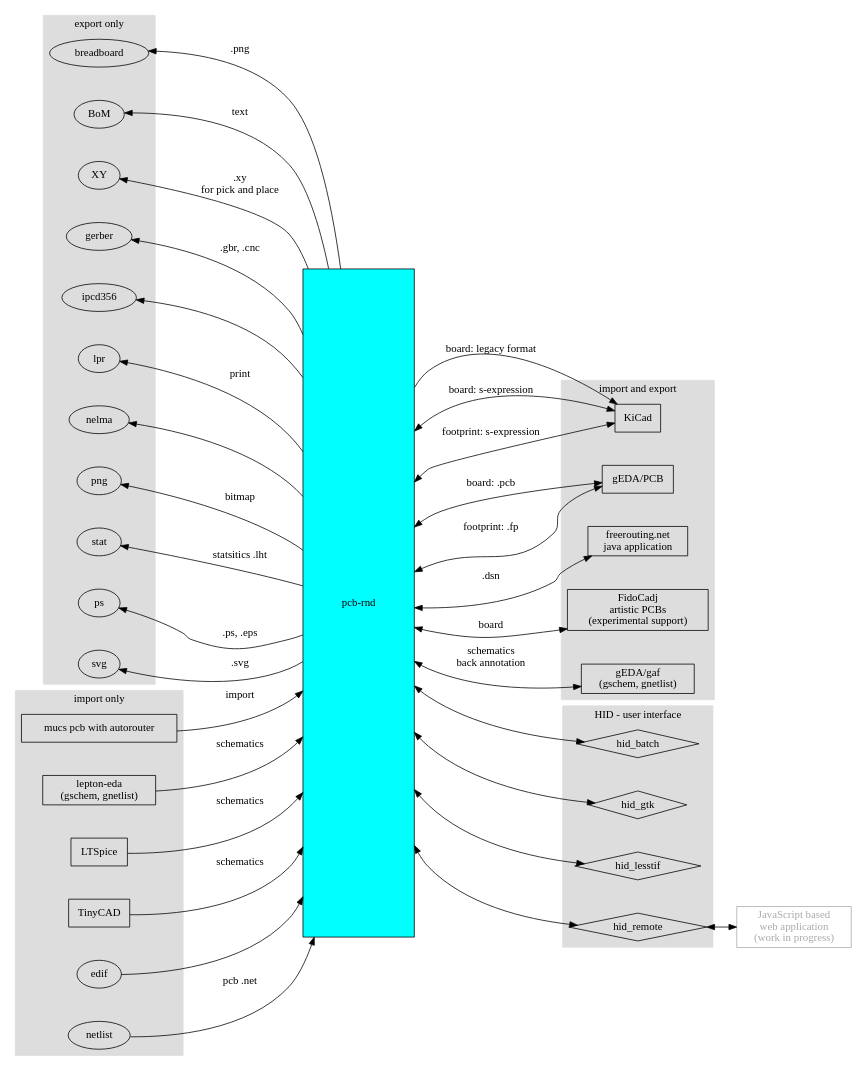
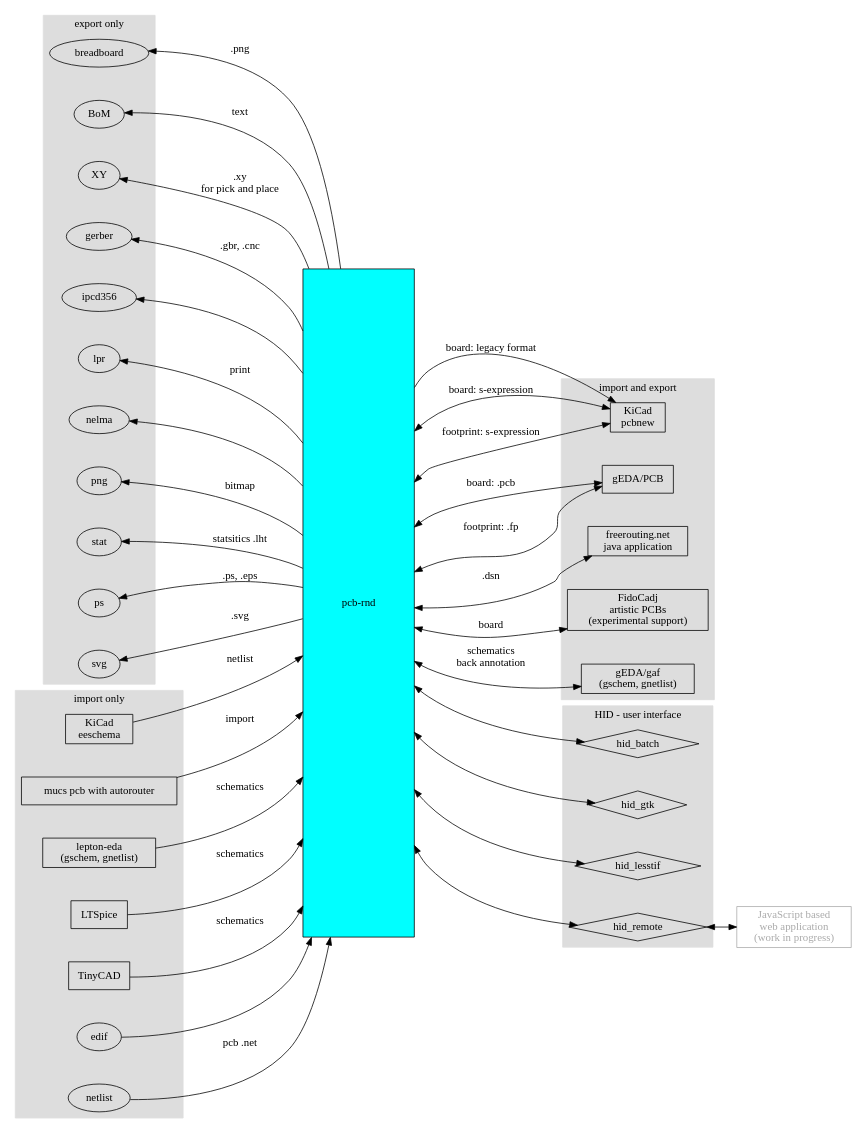
The diagram in doc/developer/bridges/bridges.dot (NoSuchProcess/pcb-rnd), drawn with Graphviz before and after one commit. The commit also changed 1 other file, not shown here.

Commit message:
[doc] -Add: our new bridge to KiCad/eeschema; rename the old KiCad node to KiCad/pcbnew

```diff
--- a/doc/developer/bridges/bridges.dot
+++ b/doc/developer/bridges/bridges.dot
@@ -1,110 +1,113 @@
 digraph gr {
 	rankdir=LR
 	nodesep=0.6
 	
 	pcbrnd [label="pcb-rnd" style=filled fillcolor=cyan shape=box height=12 width=2]
-	kicad [label="KiCad" shape=box]
+	kicad [label="KiCad\npcbnew" shape=box]
+	eeschema [label="KiCad\neeschema" shape=box]
 	pcb [label="gEDA/PCB" shape=box]
 	freerouting [label="freerouting.net\njava application" shape=box]
 	mucs [label="mucs pcb with autorouter" shape=box]
 	gEDA [label="gEDA/gaf\n(gschem, gnetlist)" shape=box]
 	lepton [label="lepton-eda\n(gschem, gnetlist)" shape=box]
 	ltspice [label="LTSpice" shape=box]
 	tinycad [label="TinyCAD" shape=box]
 	web [label="JavaScript based\nweb application\n(work in progress)" shape=box color="#aaaaaa" fontcolor="#aaaaaa"]
 	fidocadj [label="FidoCadj\nartistic PCBs\n(experimental support)" shape=box]
-
 
 	subgraph cluster_HID {
 		label = "HID - user interface"
 		style=filled
 		color="#dddddd"
 
 		batch   [label="hid_batch" shape=diamond]
 		gtk     [label="hid_gtk" shape=diamond]
 		lesstif [label="hid_lesstif" shape=diamond]
 		remote  [label="hid_remote" shape=diamond]
 	}
 
 	subgraph cluster_import {
 		label = "import only"
 		style=filled
 		color="#dddddd"
 
 		lepton
 		mucs
 		edif
 		ltspice
 		netlist
 		tinycad
+		eeschema
 	}
 
 	subgraph cluster_export {
 		label = "export only"
 		style=filled
 		color="#dddddd"
 
 		breadboard
 		BoM
 		XY
 		gerber
 		ipcd356
 		lpr
 		nelma
 		png
 		ps
 		stat
 		svg
 	}
 
 	subgraph cluster_ie {
 		label = "import and export"
 		style=filled
 		color="#dddddd"
 
 		gEDA
 		kicad
 		pcb
 		freerouting
 		fidocadj
 	}
 
 	pcbrnd -> kicad [label="board: legacy format"]
 	pcbrnd -> kicad [label="board: s-expression" dir=both]
 	pcbrnd -> kicad [label="footprint: s-expression" dir=both]
 	pcbrnd -> fidocadj [label="board" dir=both]
 
+	eeschema -> pcbrnd [label="netlist"]
+
 	pcbrnd -> pcb [label="board: .pcb" dir=both]
 	pcbrnd -> pcb [label="footprint: .fp" dir=both]
 
 	pcbrnd -> freerouting [label=".dsn" dir=both]
 	mucs -> pcbrnd [label="import"]
 
 	pcbrnd -> breadboard [label=".png"]
 	pcbrnd -> BoM [label="text"]
 	pcbrnd -> XY [label=".xy\nfor pick and place"]
 	pcbrnd -> gerber [label=".gbr, .cnc"]
 	pcbrnd -> ipcd356
 	pcbrnd -> lpr [label="print"]
 	pcbrnd -> nelma
 	pcbrnd -> png [label="bitmap"]
 	pcbrnd -> ps [label=".ps, .eps"]
 	pcbrnd -> stat [label="statsitics .lht"]
 	pcbrnd -> svg [label=".svg"]
 
 	edif -> pcbrnd
 	ltspice -> pcbrnd [label="schematics"]
 	netlist -> pcbrnd [label="pcb .net"]
 	lepton -> pcbrnd [label="schematics"]
 	gEDA -> pcbrnd [label="schematics\nback annotation" dir=both]
 	tinycad -> pcbrnd [label="schematics"]
 
 	pcbrnd -> batch [dir=both]
 	pcbrnd -> gtk [dir=both]
 	pcbrnd -> lesstif [dir=both]
 	pcbrnd -> remote [dir=both]
 
 	remote -> web [dir=both]
 
 	ps -> pcbrnd [weight=1000 style=invis]
 }
```
